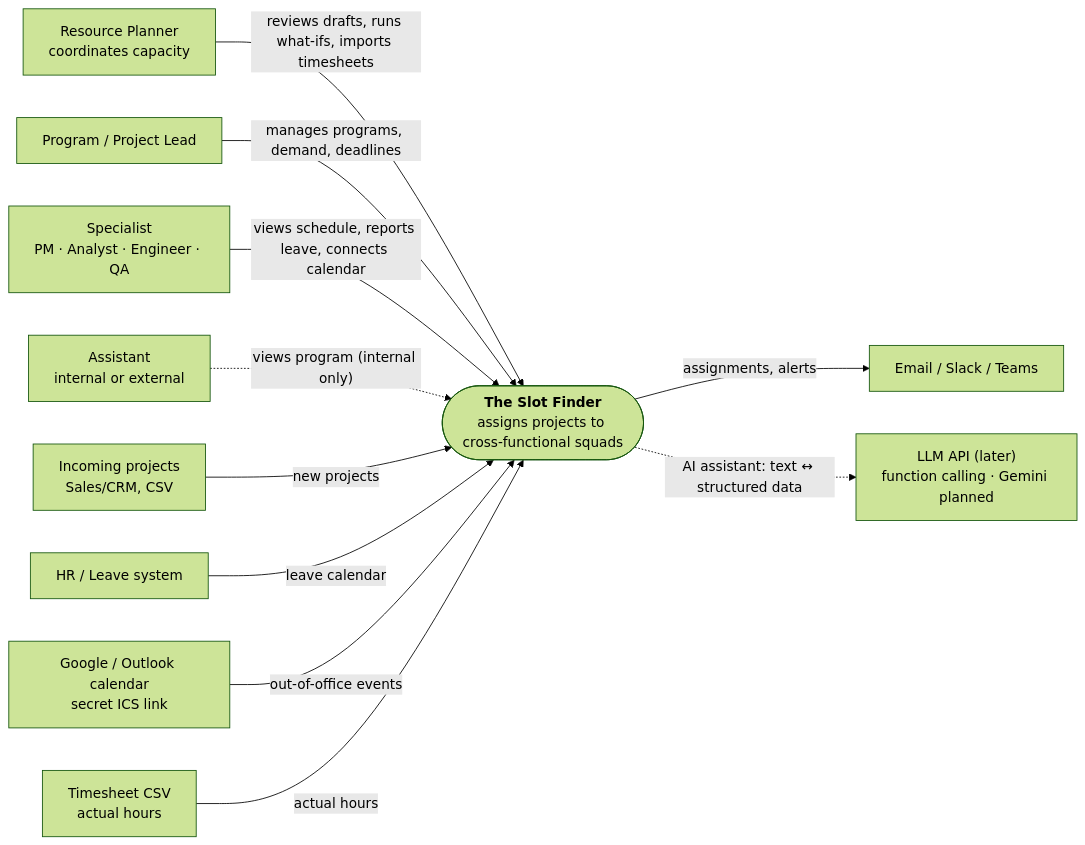
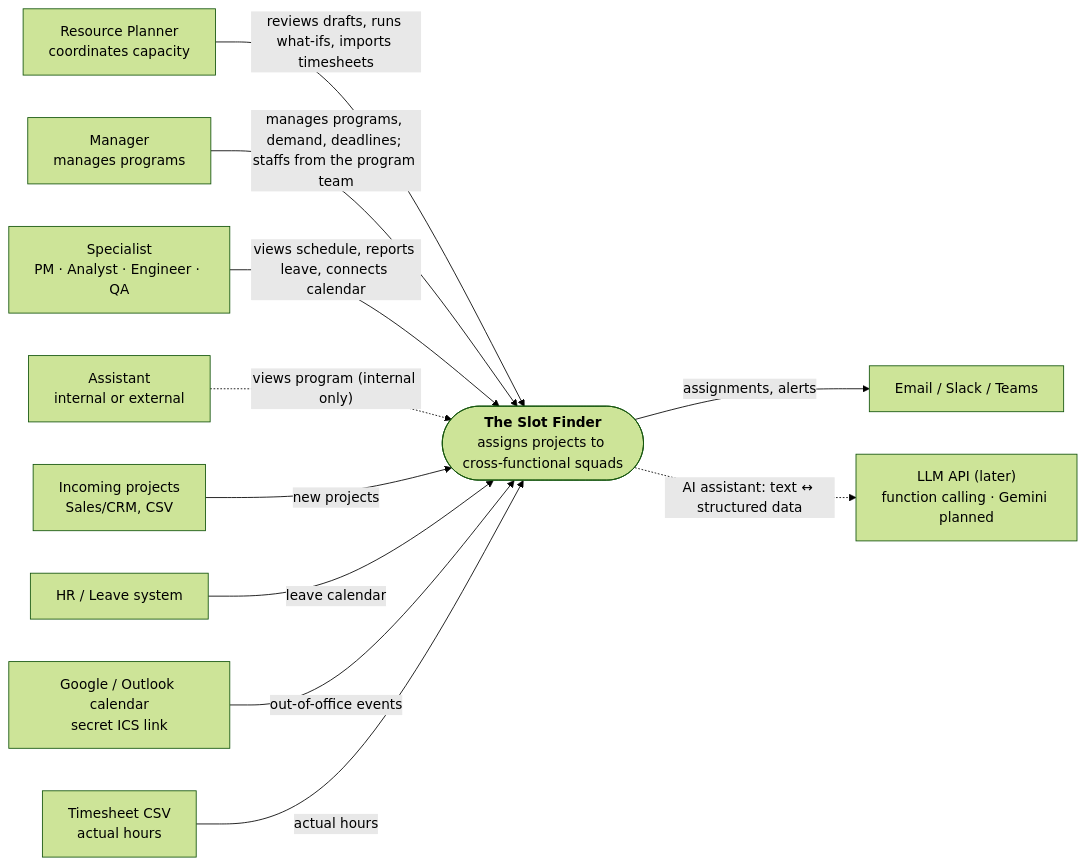
Before and after one commit to dophnamm/the-slot-finder: the first of 14 diagrams in README.md, drawn with Mermaid (forest theme). The commit also changed other lines of this file and 6 other files, not shown here.

````diff
--- a/README.md
+++ b/README.md
@@ -62,25 +62,25 @@
 ```mermaid
 flowchart LR
   planner["Resource Planner<br/>coordinates capacity"]
-  lead["Program / Project Lead"]
+  lead["Manager<br/>manages programs"]
   spec["Specialist<br/>PM · Analyst · Engineer · QA"]
   assistant["Assistant<br/>internal or external"]
   sf(["<b>The Slot Finder</b><br/>assigns projects to cross-functional squads"])
   intake["Incoming projects<br/>Sales/CRM, CSV"]
   hr["HR / Leave system"]
   cal["Google / Outlook calendar<br/>secret ICS link"]
   timesheet["Timesheet CSV<br/>actual hours"]
   notify["Email / Slack / Teams"]
   llm["LLM API (later)<br/>function calling · Gemini planned"]
 
   planner -->|"reviews drafts, runs what-ifs, imports timesheets"| sf
-  lead -->|"manages programs, demand, deadlines"| sf
+  lead -->|"manages programs, demand, deadlines; staffs from the program team"| sf
   spec -->|"views schedule, reports leave, connects calendar"| sf
   assistant -.->|"views program (internal only)"| sf
   intake -->|"new projects"| sf
   hr -->|"leave calendar"| sf
   cal -->|"out-of-office events"| sf
   timesheet -->|"actual hours"| sf
   sf -->|"assignments, alerts"| notify
   sf -.->|"AI assistant: text ↔ structured data"| llm
 ```
````
